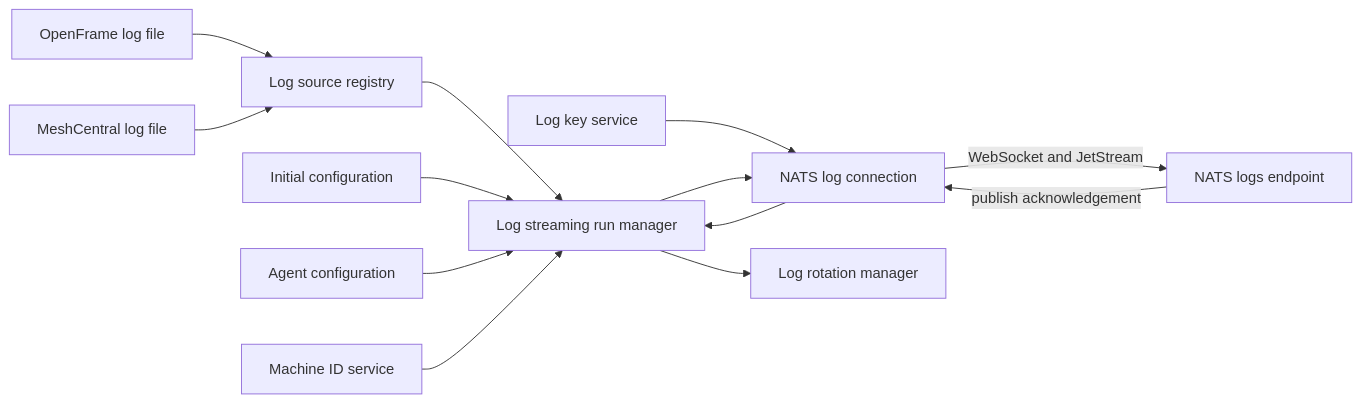
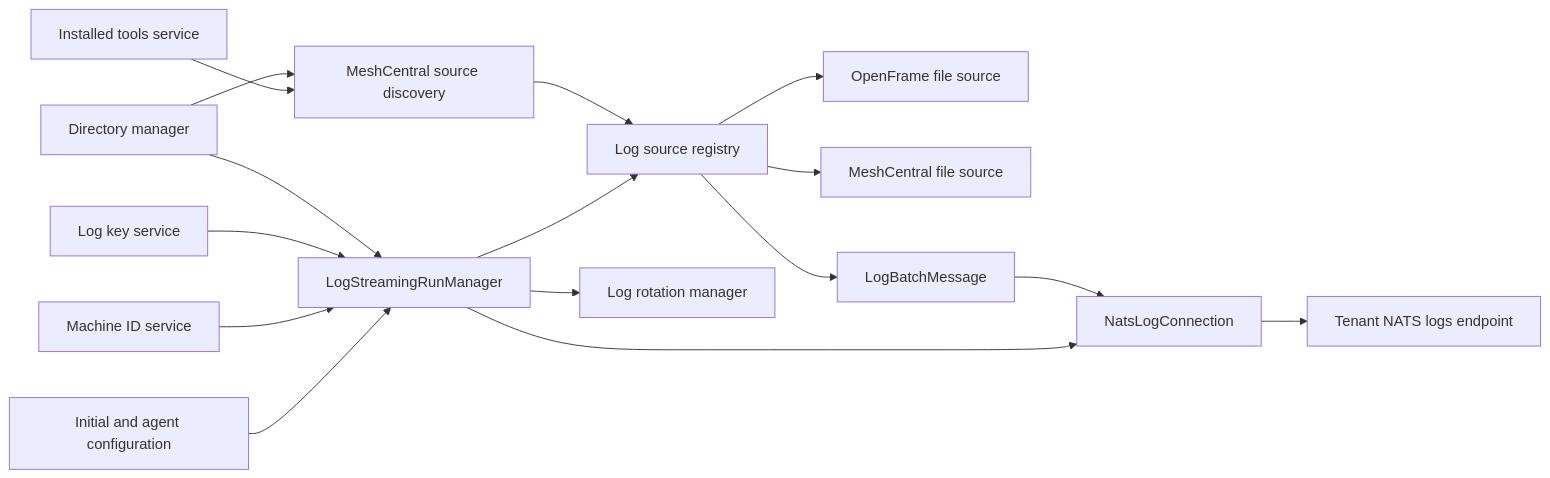
Before and after one commit to flamingo-stack/openframe-oss-tenant: the first of 3 diagrams in docs/reference/architecture/openframe-client-core/logging-nats-streaming/logging-nats-streaming.md, drawn with Mermaid. The commit also changed other lines of this file and 2377 other files, not shown here.

````diff
--- a/docs/reference/architecture/openframe-client-core/logging-nats-streaming/logging-nats-streaming.md
+++ b/docs/reference/architecture/openframe-client-core/logging-nats-streaming/logging-nats-streaming.md
@@ -22,15 +22,18 @@
 ```mermaid
 flowchart LR
-    AgentLog["OpenFrame log file"] --> Registry["Log source registry"]
-    MeshLog["MeshCentral log file"] --> Registry
-    Registry --> Manager["Log streaming run manager"]
-    InitialConfig["Initial configuration"] --> Manager
-    AgentConfig["Agent configuration"] --> Manager
-    MachineId["Machine ID service"] --> Manager
-    LogKey["Log key service"] --> Connection["NATS log connection"]
-    Manager --> Connection
-    Connection -->|"WebSocket and JetStream"| Nats["NATS logs endpoint"]
-    Nats -->|"publish acknowledgement"| Connection
-    Connection --> Manager
+    Config["Initial and agent configuration"] --> Manager["LogStreamingRunManager"]
+    Machine["Machine ID service"] --> Manager
+    KeyService["Log key service"] --> Manager
+    Directories["Directory manager"] --> Manager
+    Tools["Installed tools service"] --> Discovery["MeshCentral source discovery"]
+    Directories --> Discovery
+    Manager --> Registry["Log source registry"]
+    Discovery --> Registry
+    Registry --> OpenFrameLog["OpenFrame file source"]
+    Registry --> MeshLog["MeshCentral file source"]
     Manager --> Rotation["Log rotation manager"]
+    Manager --> Connection["NatsLogConnection"]
+    Connection --> Endpoint["Tenant NATS logs endpoint"]
+    Registry --> Batch["LogBatchMessage"]
+    Batch --> Connection
 ```
````
